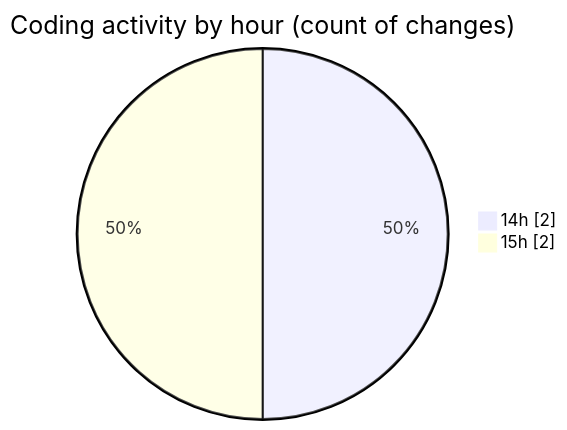
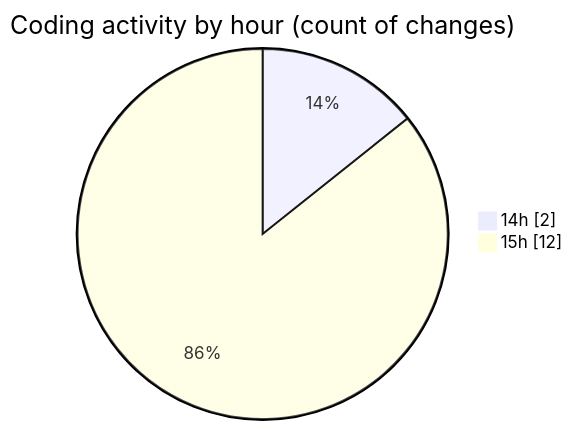
The second of 2 diagrams in 2025-03-21/back-end/README.md (Netris89/code-tracking), drawn with Mermaid before and after one commit. The commit also changed other lines of this file and 1 other file, not shown here.

````diff
--- a/2025-03-21/back-end/README.md
+++ b/2025-03-21/back-end/README.md
@@ -28,6 +29,6 @@
 ```mermaid
 pie showData
 title Coding activity by hour (count of changes)
 "14h" : 2
-"15h" : 2
+"15h" : 12
 ```
````
